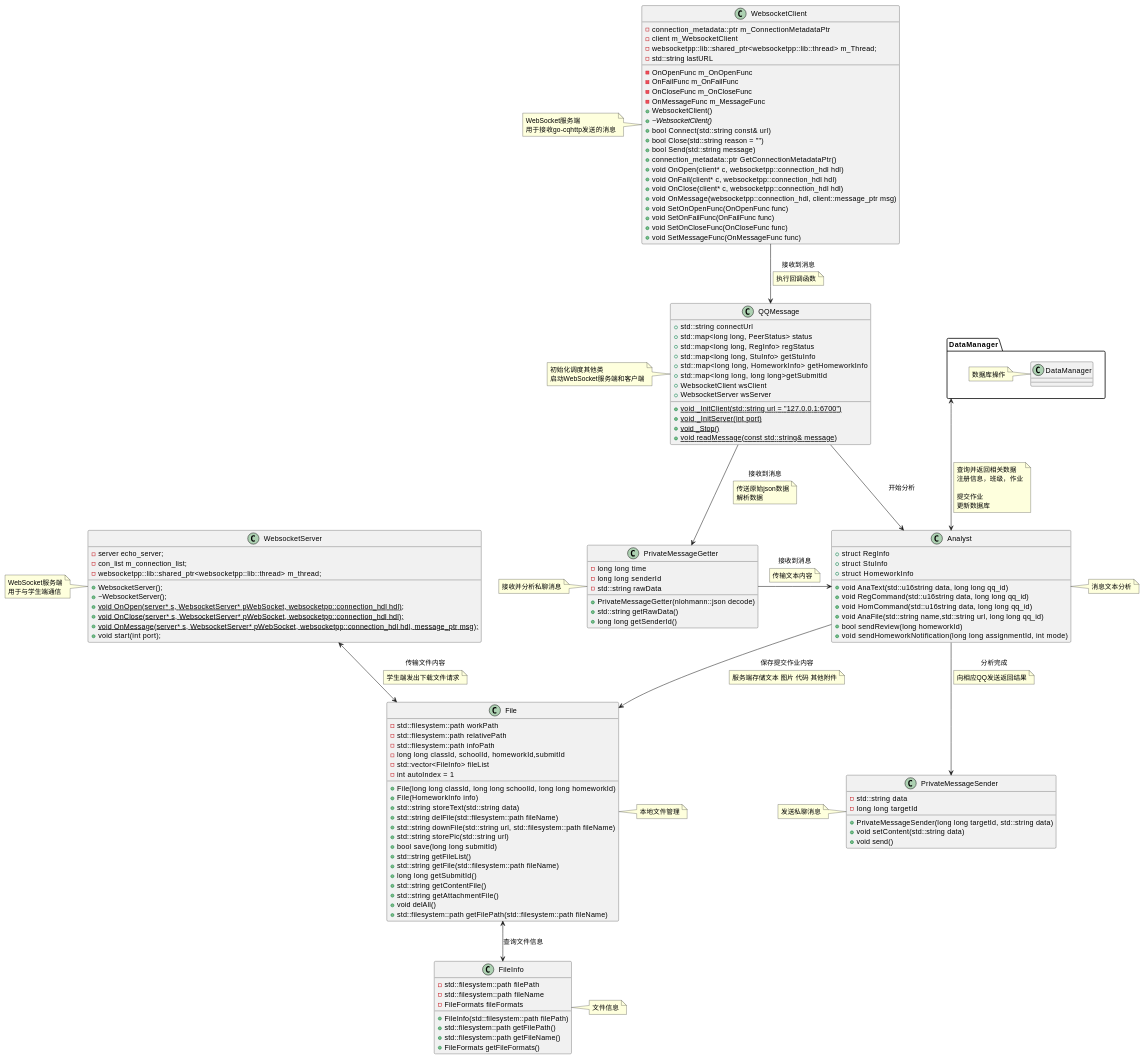
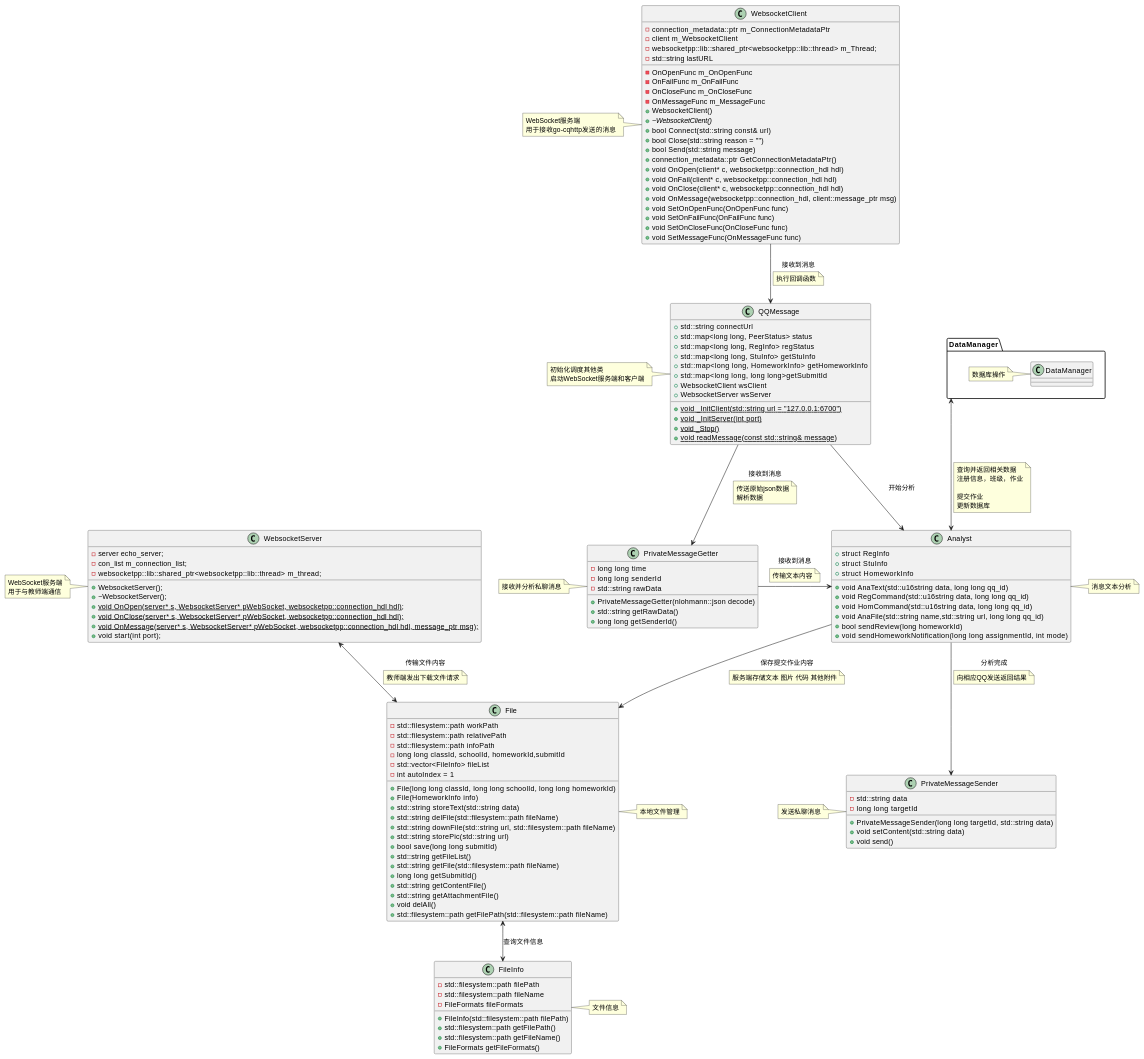
The diagram in Documents/QQMessage.md (LSX-s-Software/HomeworkChecker), drawn with PlantUML before and after one commit. The commit also changed other lines of this file and 2 other files, not shown here.

```diff
--- a/Documents/QQMessage.md
+++ b/Documents/QQMessage.md
@@ -93,7 +93,7 @@
     - con_list m_connection_list;
     - websocketpp::lib::shared_ptr<websocketpp::lib::thread> m_thread;
 }
-note left: WebSocket服务端\n用于与学生端通信
+note left: WebSocket服务端\n用于与教师端通信
 
 class PrivateMessageGetter
 {
@@ -190,7 +190,7 @@
 File <--> FileInfo : 查询文件信息
 
 WebsocketServer <--> File: 传输文件内容
-note on link : 学生端发出下载文件请求
+note on link : 教师端发出下载文件请求
 
 DataManager <--> Analyst
 note on link : 查询并返回相关数据\n注册信息，班级，作业\n\n提交作业\n更新数据库
```
